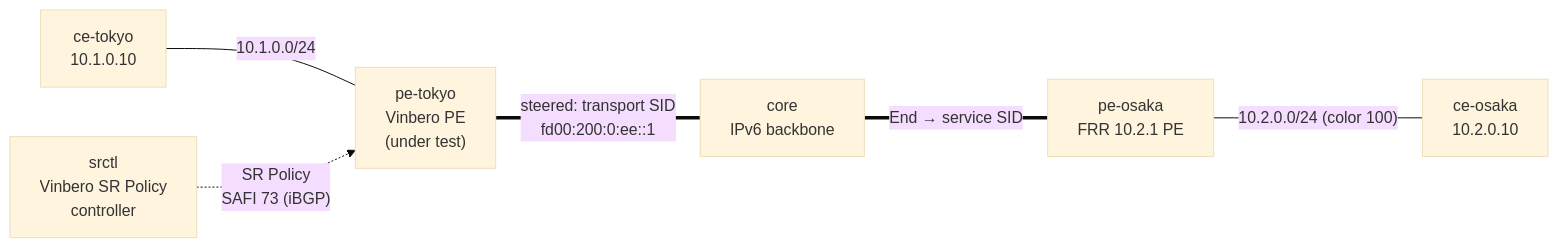
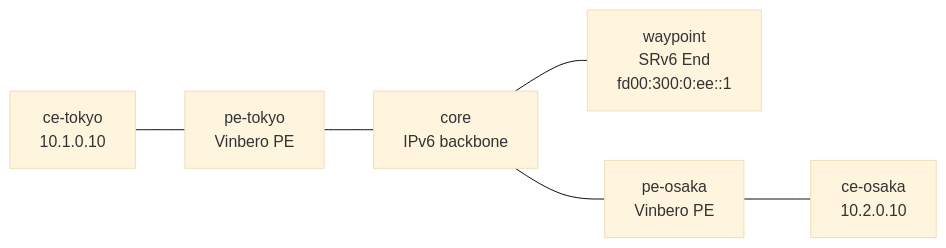
The diagram in examples/interop-clab/scenarios/sr-policy-bgp-2site/README.md (takehaya/Vinbero), drawn with Mermaid (base theme) before and after one commit. The commit also changed other lines of this file and 14 other files, not shown here.

First line of the commit message:
test(interop): rebuild sr-policy-bgp-2site as edge-to-edge SR Policy + TE

````diff
--- a/examples/interop-clab/scenarios/sr-policy-bgp-2site/README.md
+++ b/examples/interop-clab/scenarios/sr-policy-bgp-2site/README.md
@@ -20,15 +19,15 @@
 ```mermaid
 graph LR
-    CE_T["ce-tokyo<br/>10.1.0.10"]
-    PE_T["pe-tokyo<br/>Vinbero PE<br/>(under test)"]
+    CET["ce-tokyo<br/>10.1.0.10"]
+    PET["pe-tokyo<br/>Vinbero PE"]
     CORE["core<br/>IPv6 backbone"]
-    PE_O["pe-osaka<br/>FRR 10.2.1 PE"]
-    CE_O["ce-osaka<br/>10.2.0.10"]
-    SRCTL["srctl<br/>Vinbero SR Policy<br/>controller"]
+    WP["waypoint<br/>SRv6 End<br/>fd00:300:0:ee::1"]
+    PEO["pe-osaka<br/>Vinbero PE"]
+    CEO["ce-osaka<br/>10.2.0.10"]
 
-    CE_T ---|"10.1.0.0/24"| PE_T
-    PE_T ===|"steered: transport SID<br/>fd00:200:0:ee::1"| CORE
-    CORE ===|"End → service SID"| PE_O
-    PE_O ---|"10.2.0.0/24 (color 100)"| CE_O
-    SRCTL -.->|"SR Policy<br/>SAFI 73 (iBGP)"| PE_T
+    CET --- PET
+    PET --- CORE
+    CORE --- PEO
+    PEO --- CEO
+    CORE --- WP
 ```
````
